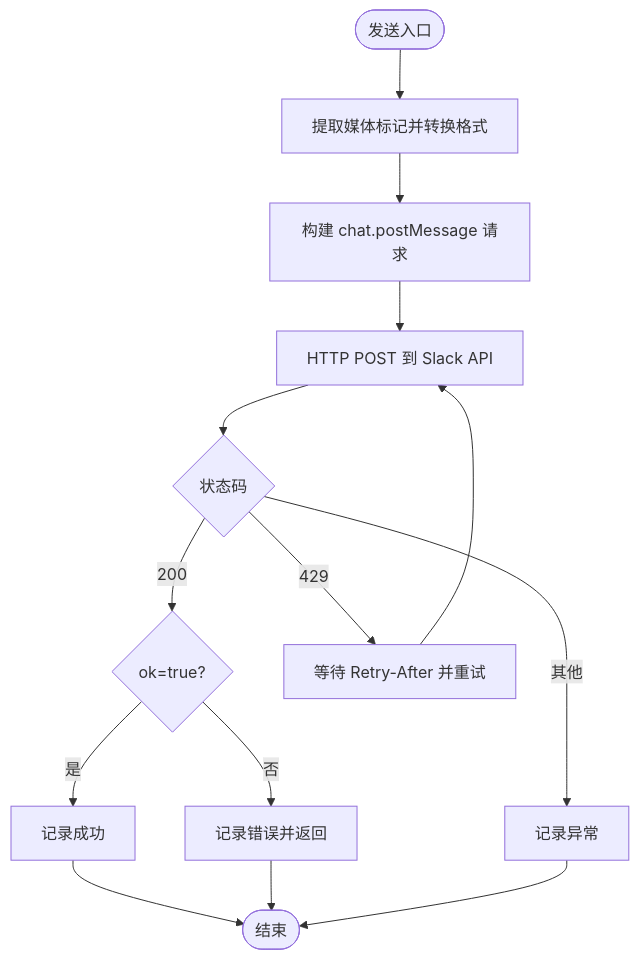
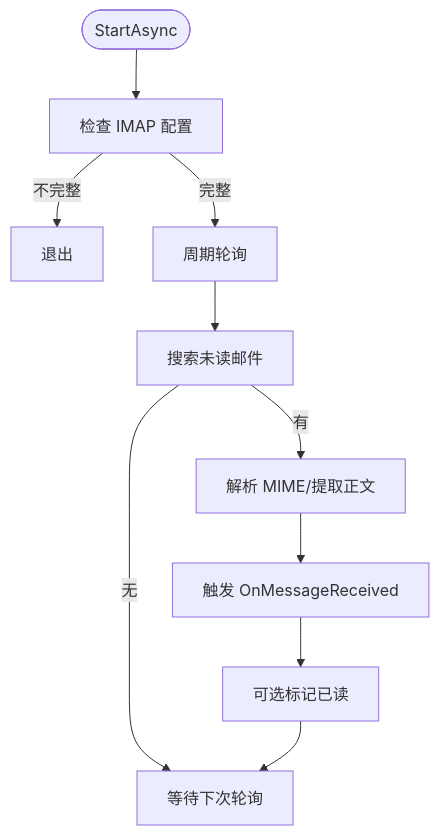
The sixth of 9 diagrams in .qoder/repowiki/zh/content/通信渠道/通信渠道.md (wayyet/kingcrab), drawn with Mermaid before and after one commit. The commit also changed other lines of this file and 173 other files, not shown here.

````diff
--- a/.qoder/repowiki/zh/content/通信渠道/通信渠道.md
+++ b/.qoder/repowiki/zh/content/通信渠道/通信渠道.md
@@ -220,16 +239,12 @@
 ```mermaid
 flowchart TD
-Start(["发送入口"]) --> Parse["提取媒体标记并转换格式"]
-Parse --> Build["构建 chat.postMessage 请求"]
-Build --> Post["HTTP POST 到 Slack API"]
-Post --> Resp{"状态码"}
-Resp --> |200| Ok{"ok=true?"}
-Ok --> |是| Done["记录成功"]
-Ok --> |否| Err["记录错误并返回"]
-Resp --> |429| Rate["等待 Retry-After 并重试"]
-Resp --> |其他| Fail["记录异常"]
-Done --> End(["结束"])
-Err --> End
-Rate --> Post
-Fail --> End
+Start(["StartAsync"]) --> CheckCfg["检查 IMAP 配置"]
+CheckCfg --> |不完整| Exit["退出"]
+CheckCfg --> |完整| Loop["周期轮询"]
+Loop --> Fetch["搜索未读邮件"]
+Fetch --> |无| Wait["等待下次轮询"]
+Fetch --> |有| Parse["解析 MIME/提取正文"]
+Parse --> Raise["触发 OnMessageReceived"]
+Raise --> Mark["可选标记已读"]
+Mark --> Wait
 ```
````
